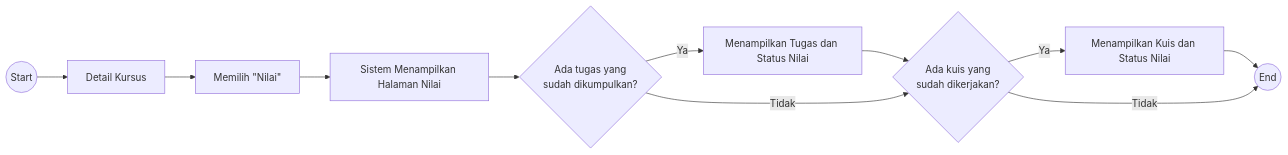
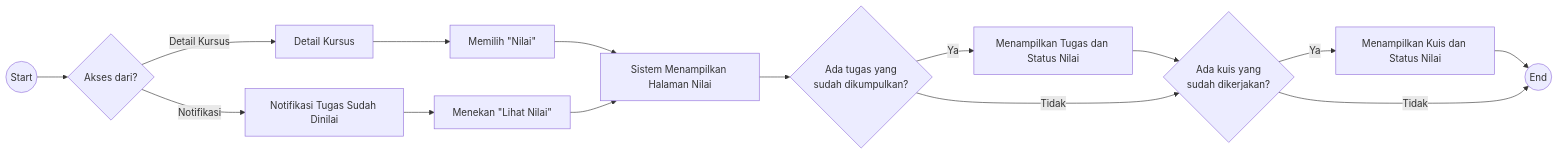
Before and after one commit to SENNES-SN/E-Learning_Lite: the diagram in docs/User_Flow/UF-08 Melihat Nilai.md, drawn with Mermaid. The commit also changed other lines of this file and 19 other files, not shown here.

````diff
--- a/docs/User_Flow/UF-08 Melihat Nilai.md
+++ b/docs/User_Flow/UF-08 Melihat Nilai.md
@@ -17,17 +17,21 @@
 ```mermaid
 flowchart LR
-    start((Start)) --> courseDetail[Detail Kursus]
+    start((Start)) --> accessSource{Akses dari?}
+    accessSource -- Detail Kursus --> courseDetail[Detail Kursus]
     courseDetail --> chooseGrade["Memilih &quot;Nilai&quot;"]
     chooseGrade --> gradePage[Sistem Menampilkan Halaman Nilai]
+    accessSource -- Notifikasi --> gradedNotification[Notifikasi Tugas Sudah Dinilai]
+    gradedNotification --> viewGrade["Menekan &quot;Lihat Nilai&quot;"]
+    viewGrade --> gradePage
     gradePage --> taskGradeAvailable{Ada tugas yang<br/>sudah dikumpulkan?}
 
     taskGradeAvailable -- Ya --> showTaskGrade[Menampilkan Tugas dan Status Nilai]
     showTaskGrade --> quizGradeAvailable{Ada kuis yang<br/>sudah dikerjakan?}
 
     taskGradeAvailable -- Tidak --> quizGradeAvailable
 
     quizGradeAvailable -- Ya --> showQuizGrade[Menampilkan Kuis dan Status Nilai]
     showQuizGrade --> finish((End))
 
     quizGradeAvailable -- Tidak --> finish
 ```
````
